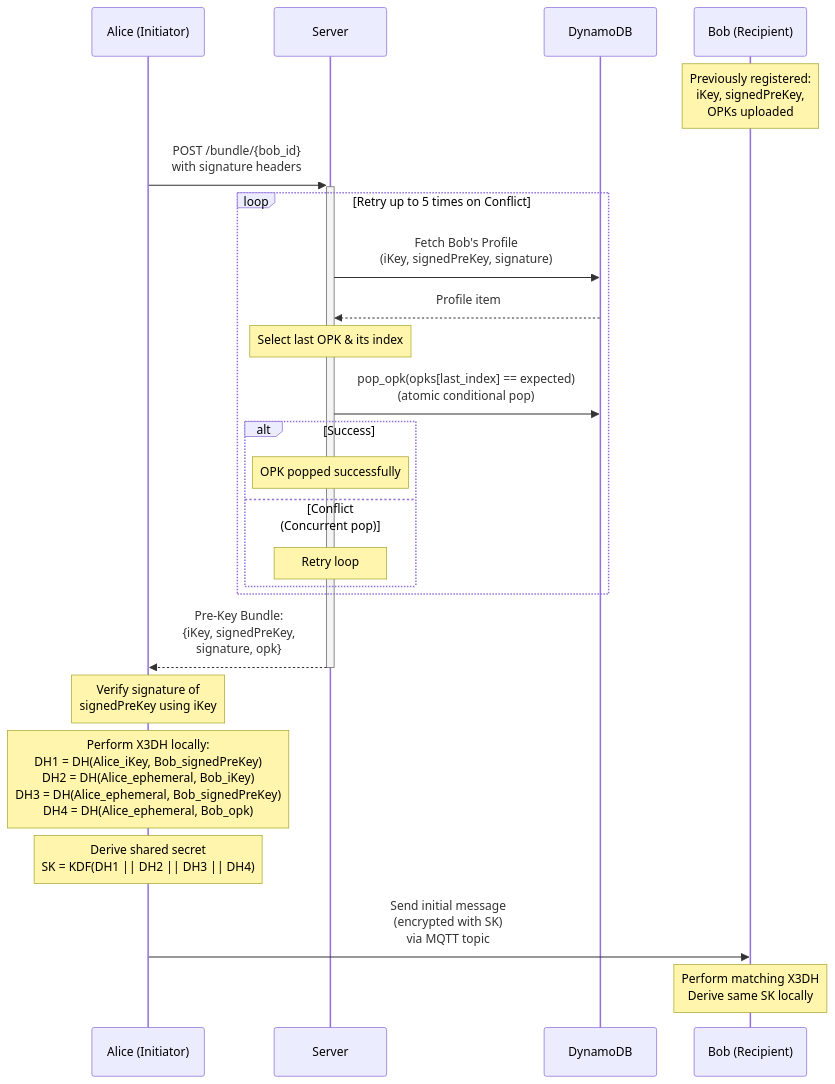
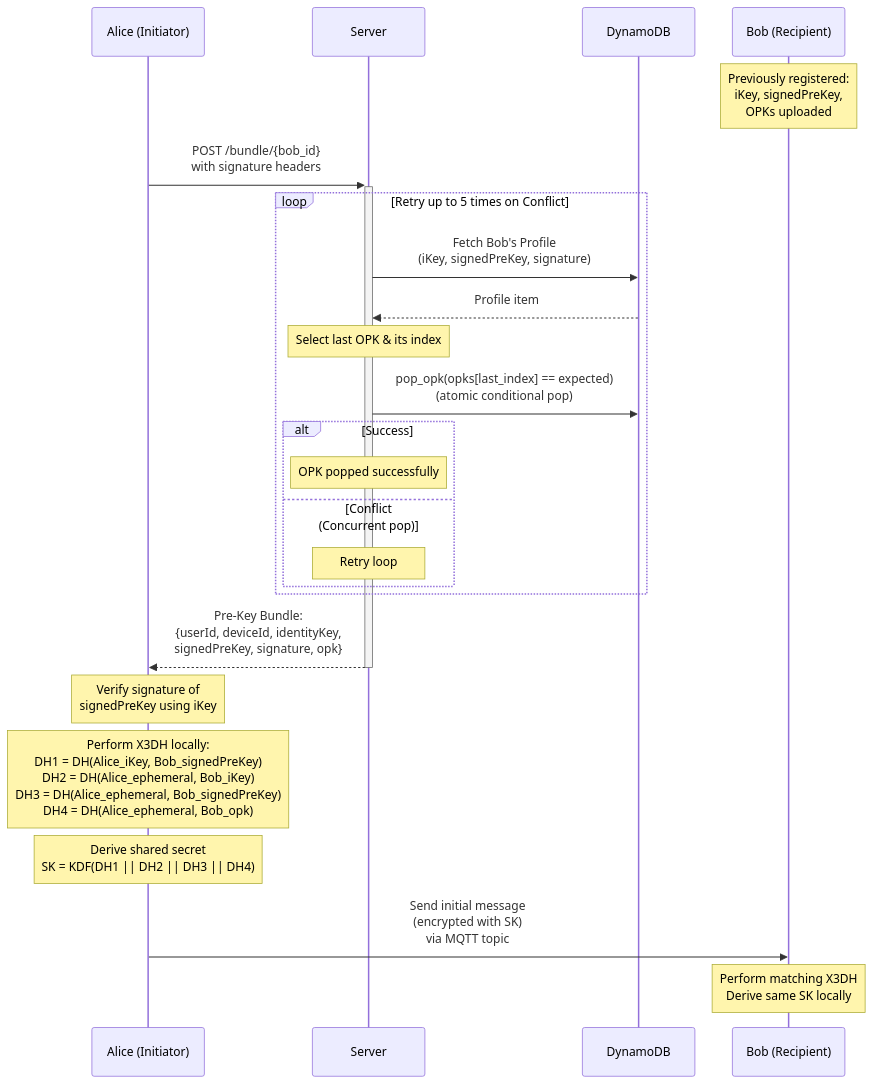
One commit to debarkamondal/khamoshchat-api changed the sixth of 7 diagrams in docs/cryptographic_flows.md. Above: the diagram before and after it, drawn with Mermaid. The commit also changed other lines of this file and 3 other files, not shown here.

````diff
--- a/docs/cryptographic_flows.md
+++ b/docs/cryptographic_flows.md
@@ -217,38 +217,38 @@
 ```mermaid
 sequenceDiagram
     participant A as Alice (Initiator)
     participant S as Server
     participant D as DynamoDB
     participant B as Bob (Recipient)
 
     Note over B: Previously registered:<br/>iKey, signedPreKey,<br/>OPKs uploaded
 
     A->>+S: POST /bundle/{bob_id}<br/>with signature headers
 
     loop Retry up to 5 times on Conflict
         S->>D: Fetch Bob's Profile<br/>(iKey, signedPreKey, signature)
         D-->>S: Profile item
 
         Note over S: Select last OPK & its index
 
         S->>D: pop_opk(opks[last_index] == expected)<br/>(atomic conditional pop)
         
         alt Success
             Note over S: OPK popped successfully
         else Conflict (Concurrent pop)
             Note over S: Retry loop
         end
     end
 
-    S-->>-A: Pre-Key Bundle:<br/>{iKey, signedPreKey,<br/>signature, opk}
+    S-->>-A: Pre-Key Bundle:<br/>{userId, deviceId, identityKey,<br/>signedPreKey, signature, opk}
 
     Note over A: Verify signature of<br/>signedPreKey using iKey
 
     Note over A: Perform X3DH locally:<br/>DH1 = DH(Alice_iKey, Bob_signedPreKey)<br/>DH2 = DH(Alice_ephemeral, Bob_iKey)<br/>DH3 = DH(Alice_ephemeral, Bob_signedPreKey)<br/>DH4 = DH(Alice_ephemeral, Bob_opk)
 
     Note over A: Derive shared secret<br/>SK = KDF(DH1 || DH2 || DH3 || DH4)
 
     A->>B: Send initial message<br/>(encrypted with SK)<br/>via MQTT topic
 
     Note over B: Perform matching X3DH<br/>Derive same SK locally
 ```
````
